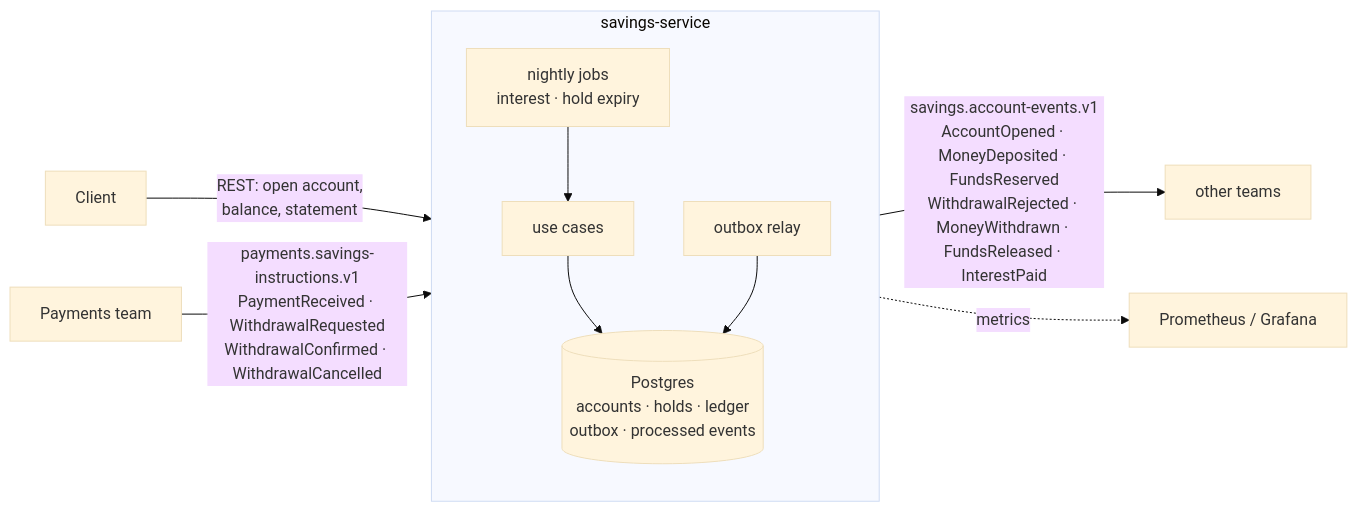
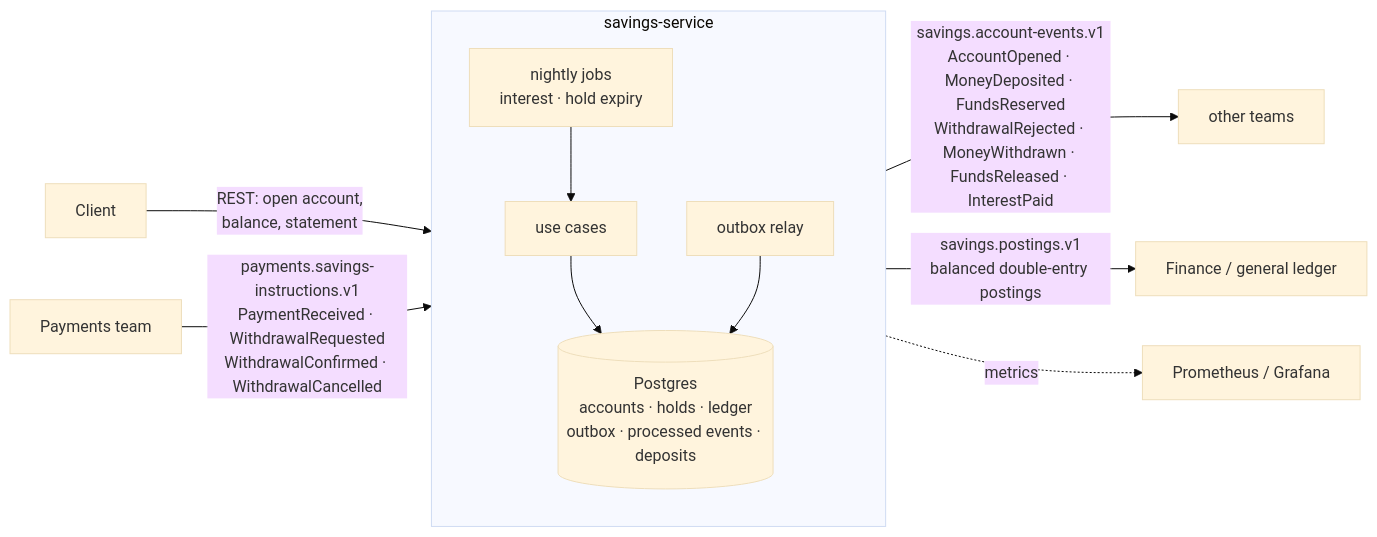
One commit to Acidream/inv_sample changed the first of 2 diagrams in README.md. Above: the diagram before and after it, drawn with Mermaid (base theme). The commit also changed other lines of this file and 23 other files, not shown here.

First line of the commit message:
feat: publish balanced double-entry postings for Finance

````diff
--- a/README.md
+++ b/README.md
@@ -17,13 +17,14 @@
 ```mermaid
 flowchart LR
     Client -- "REST: open account,<br/>balance, statement" --> S
     P[Payments team] -- "payments.savings-instructions.v1<br/>PaymentReceived · WithdrawalRequested<br/>WithdrawalConfirmed · WithdrawalCancelled" --> S
     subgraph S [savings-service]
         direction TB
-        UC[use cases] --> DB[(Postgres<br/>accounts · holds · ledger<br/>outbox · processed events)]
+        UC[use cases] --> DB[(Postgres<br/>accounts · holds · ledger<br/>outbox · processed events · deposits)]
         J[nightly jobs<br/>interest · hold expiry] --> UC
         R[outbox relay] --> DB
     end
     R -- "savings.account-events.v1<br/>AccountOpened · MoneyDeposited · FundsReserved<br/>WithdrawalRejected · MoneyWithdrawn · FundsReleased · InterestPaid" --> C[other teams]
+    R -- "savings.postings.v1<br/>balanced double-entry postings" --> F[Finance / general ledger]
     S -. metrics .-> Prom[Prometheus / Grafana]
 ```
````
